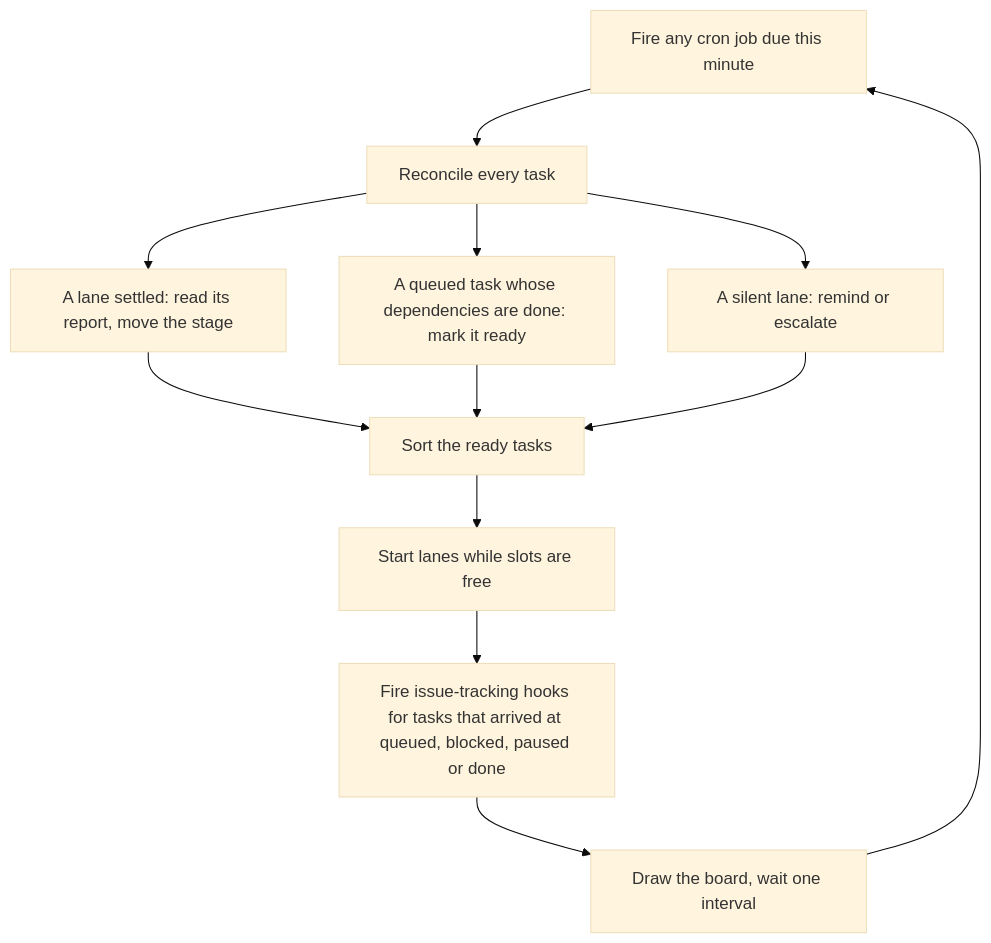
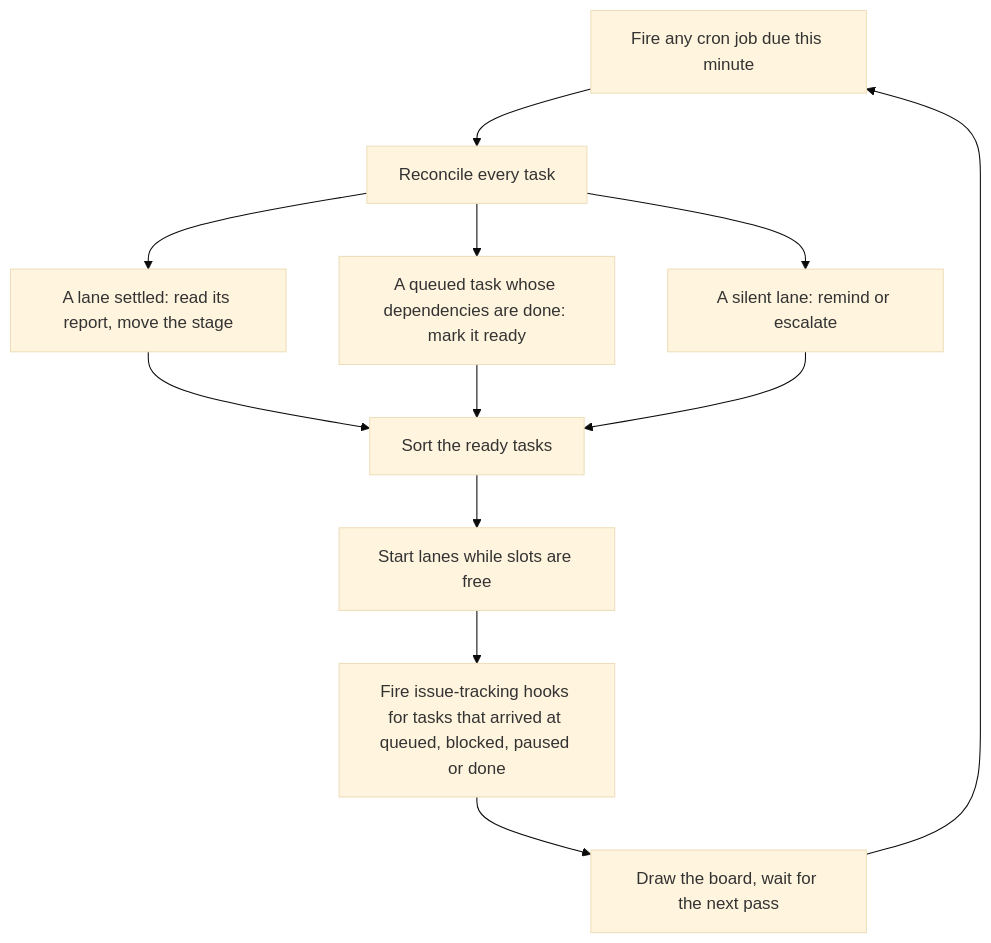
Before and after one commit to marvingygas/spoolway: the first of 2 diagrams in docs/dispatcher.md, drawn with Mermaid (base theme). The commit also changed other lines of this file and 33 other files, not shown here.

````diff
--- a/docs/dispatcher.md
+++ b/docs/dispatcher.md
@@ -54,12 +53,12 @@
 ```mermaid
 flowchart TD
   A[Fire any cron job due this minute] --> B[Reconcile every task]
   B --> B1[A lane settled: read its report, move the stage]
   B --> B2[A queued task whose dependencies are done: mark it ready]
   B --> B3[A silent lane: remind or escalate]
   B1 & B2 & B3 --> C[Sort the ready tasks]
   C --> D[Start lanes while slots are free]
   D --> E[Fire issue-tracking hooks for tasks that arrived at queued, blocked, paused or done]
-  E --> F[Draw the board, wait one interval]
+  E --> F[Draw the board, wait for the next pass]
   F --> A
 ```
````
